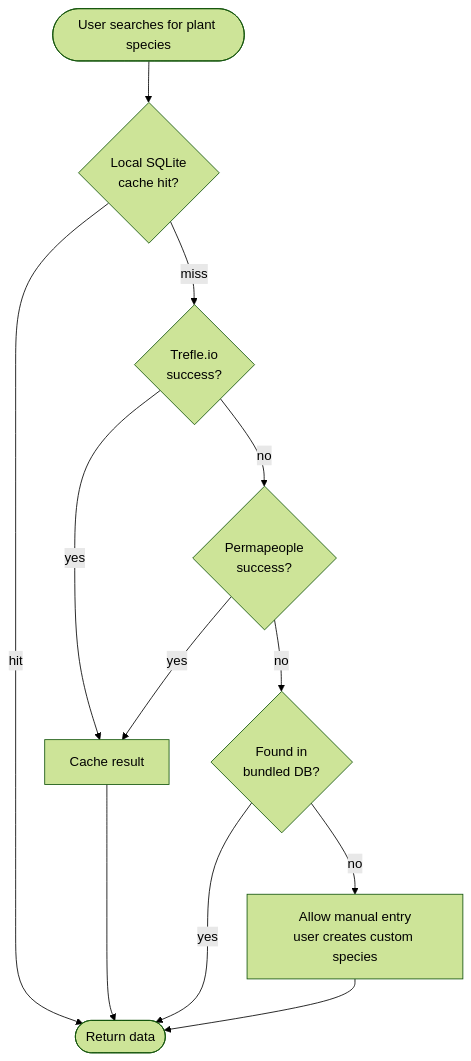
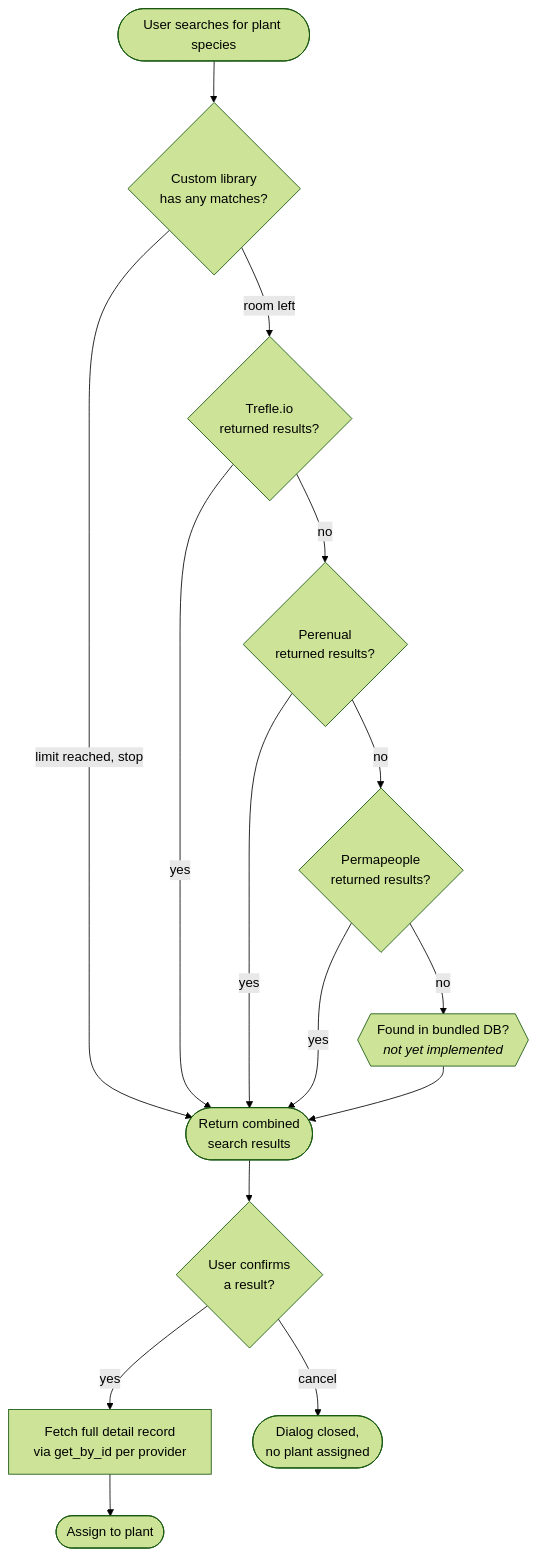
Before and after one commit to cofade/open-garden-planner: the fourth of 8 diagrams in docs/06-runtime-view/README.md, drawn with Mermaid (forest theme). The commit also changed other lines of this file and 24 other files, not shown here.

First line of the commit message:
fix(#297): enrich Trefle/Perenual/Permapeople search results with detail-endpoint data (#301)

````diff
--- a/docs/06-runtime-view/README.md
+++ b/docs/06-runtime-view/README.md
@@ -61,23 +61,29 @@
 ```mermaid
 flowchart TD
     Start([User searches for plant species])
-    Cache{Local SQLite<br/>cache hit?}
-    Trefle{Trefle.io<br/>success?}
-    Perma{Permapeople<br/>success?}
-    Bundled{Found in<br/>bundled DB?}
-    Manual[Allow manual entry<br/>user creates custom species]
-    Return([Return data])
-    CacheWrite[Cache result]
+    Custom{Custom library<br/>has any matches?}
+    Trefle{Trefle.io<br/>returned results?}
+    Perenual{Perenual<br/>returned results?}
+    Perma{Permapeople<br/>returned results?}
+    Bundled{{Found in bundled DB?<br/><i>not yet implemented</i>}}
+    Return([Return combined<br/>search results])
+    Confirm{User confirms<br/>a result?}
+    Detail[Fetch full detail record<br/>via get_by_id per provider]
+    Assign([Assign to plant])
 
-    Start --> Cache
-    Cache -->|hit| Return
-    Cache -->|miss| Trefle
-    Trefle -->|yes| CacheWrite
-    Trefle -->|no| Perma
-    Perma -->|yes| CacheWrite
+    Start --> Custom
+    Custom -->|limit reached, stop| Return
+    Custom -->|room left| Trefle
+    Trefle -->|yes| Return
+    Trefle -->|no| Perenual
+    Perenual -->|yes| Return
+    Perenual -->|no| Perma
+    Perma -->|yes| Return
     Perma -->|no| Bundled
-    Bundled -->|yes| Return
-    Bundled -->|no| Manual
-    Manual --> Return
-    CacheWrite --> Return
+    Bundled --> Return
+    Return --> Confirm
+    Cancelled([Dialog closed,<br/>no plant assigned])
+    Confirm -->|cancel| Cancelled
+    Confirm -->|yes| Detail
+    Detail --> Assign
 ```
````
